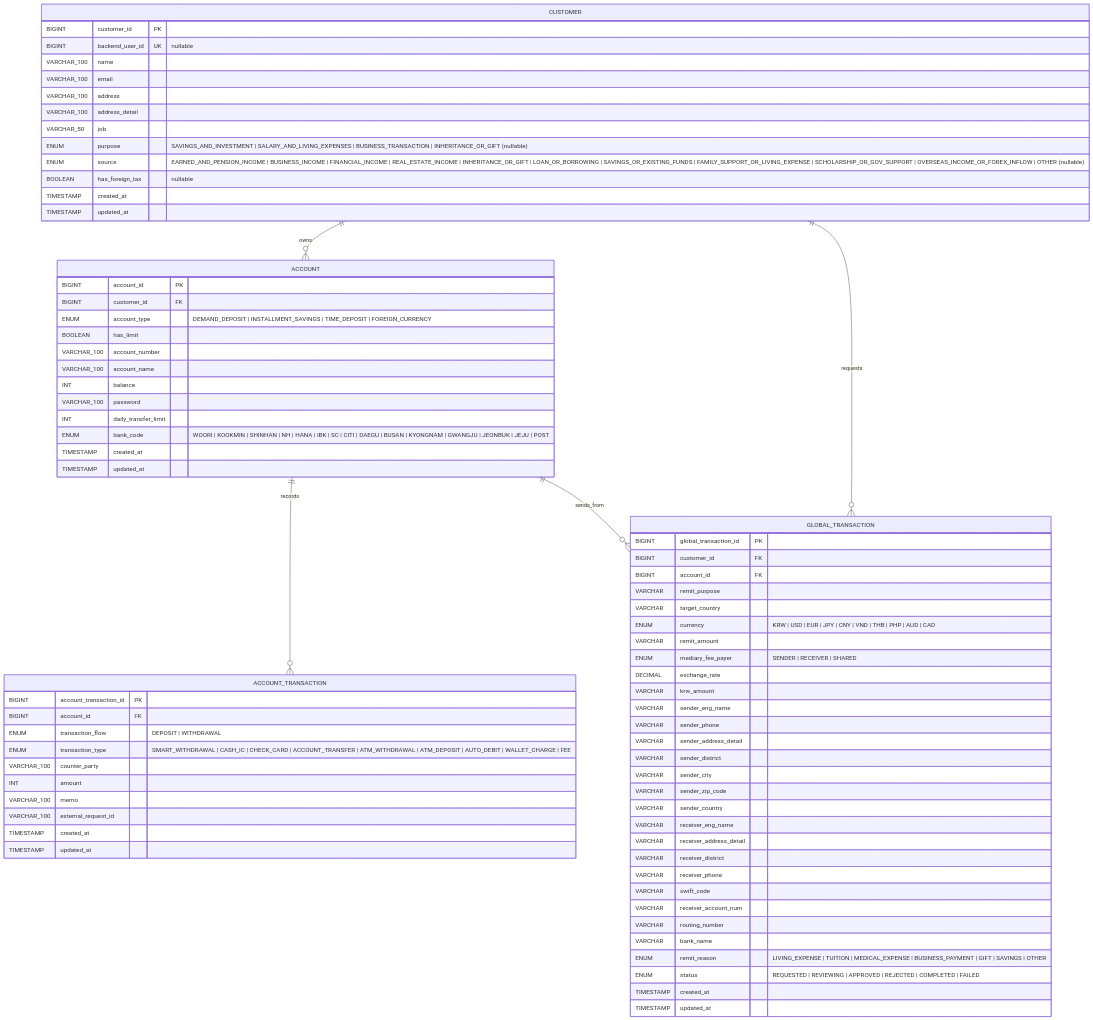
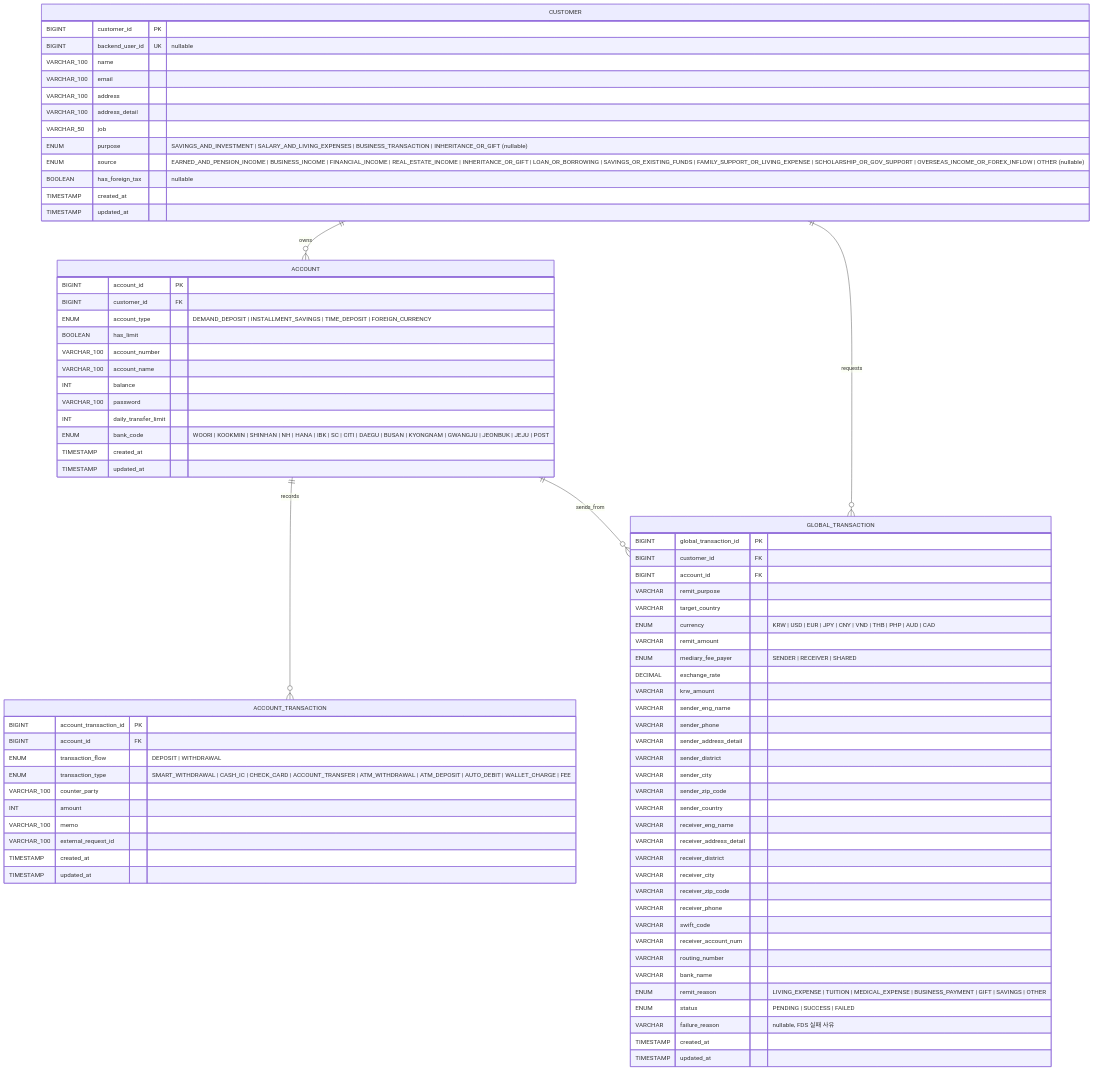
Before and after one commit to jaepar/NOVA: the diagram in coreBanking/docs/erd.md, drawn with Mermaid. The commit also changed other lines of this file and 8 other files, not shown here.

```diff
--- a/coreBanking/docs/erd.md
+++ b/coreBanking/docs/erd.md
@@ -70,13 +70,16 @@
     VARCHAR receiver_eng_name
     VARCHAR receiver_address_detail
     VARCHAR receiver_district
+    VARCHAR receiver_city
+    VARCHAR receiver_zip_code
     VARCHAR receiver_phone
     VARCHAR swift_code
     VARCHAR receiver_account_num
     VARCHAR routing_number
     VARCHAR bank_name
     ENUM remit_reason "LIVING_EXPENSE | TUITION | MEDICAL_EXPENSE | BUSINESS_PAYMENT | GIFT | SAVINGS | OTHER"
-    ENUM status "REQUESTED | REVIEWING | APPROVED | REJECTED | COMPLETED | FAILED"
+    ENUM status "PENDING | SUCCESS | FAILED"
+    VARCHAR failure_reason "nullable, FDS 실패 사유"
     TIMESTAMP created_at
     TIMESTAMP updated_at
   }
```
